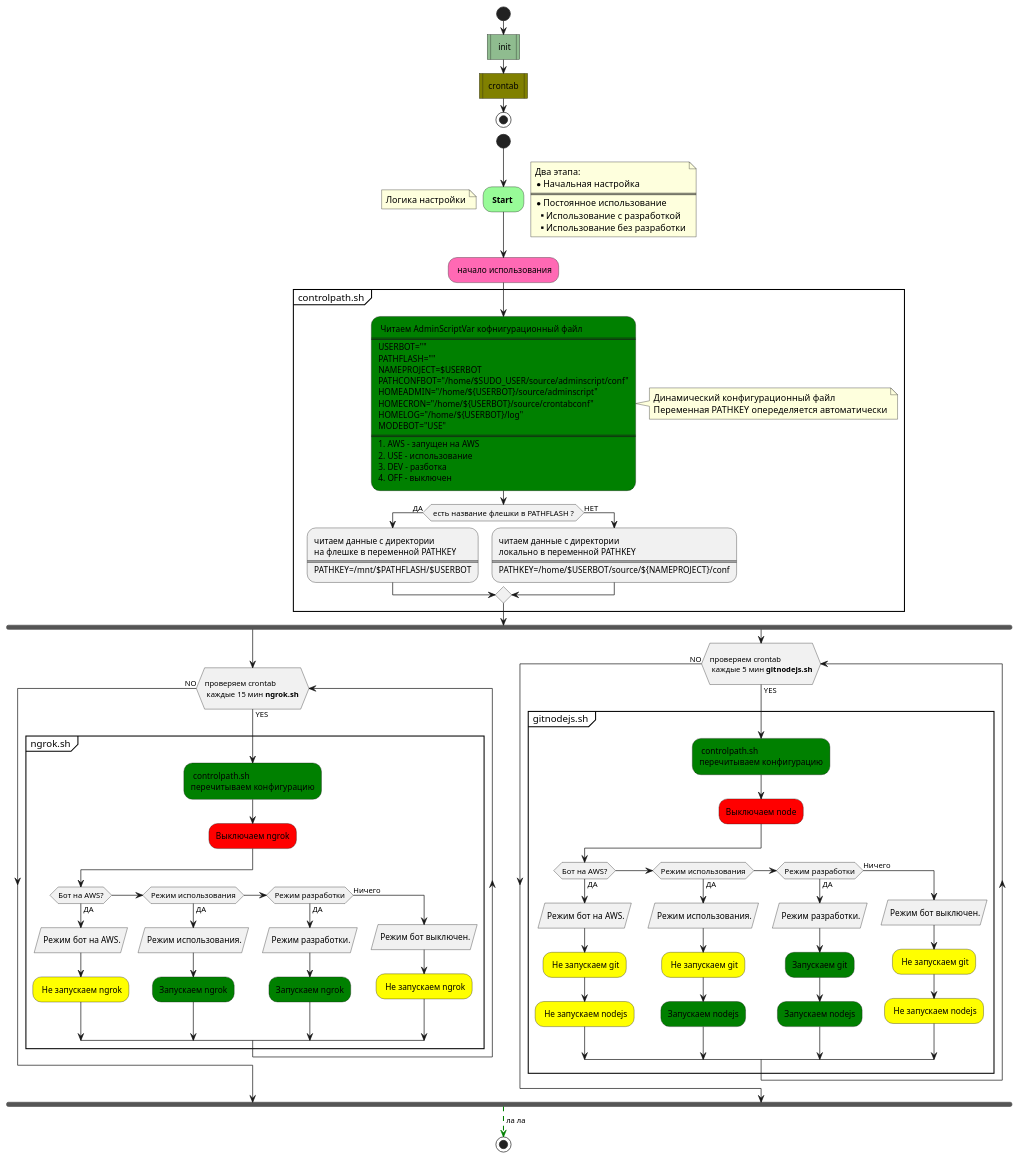
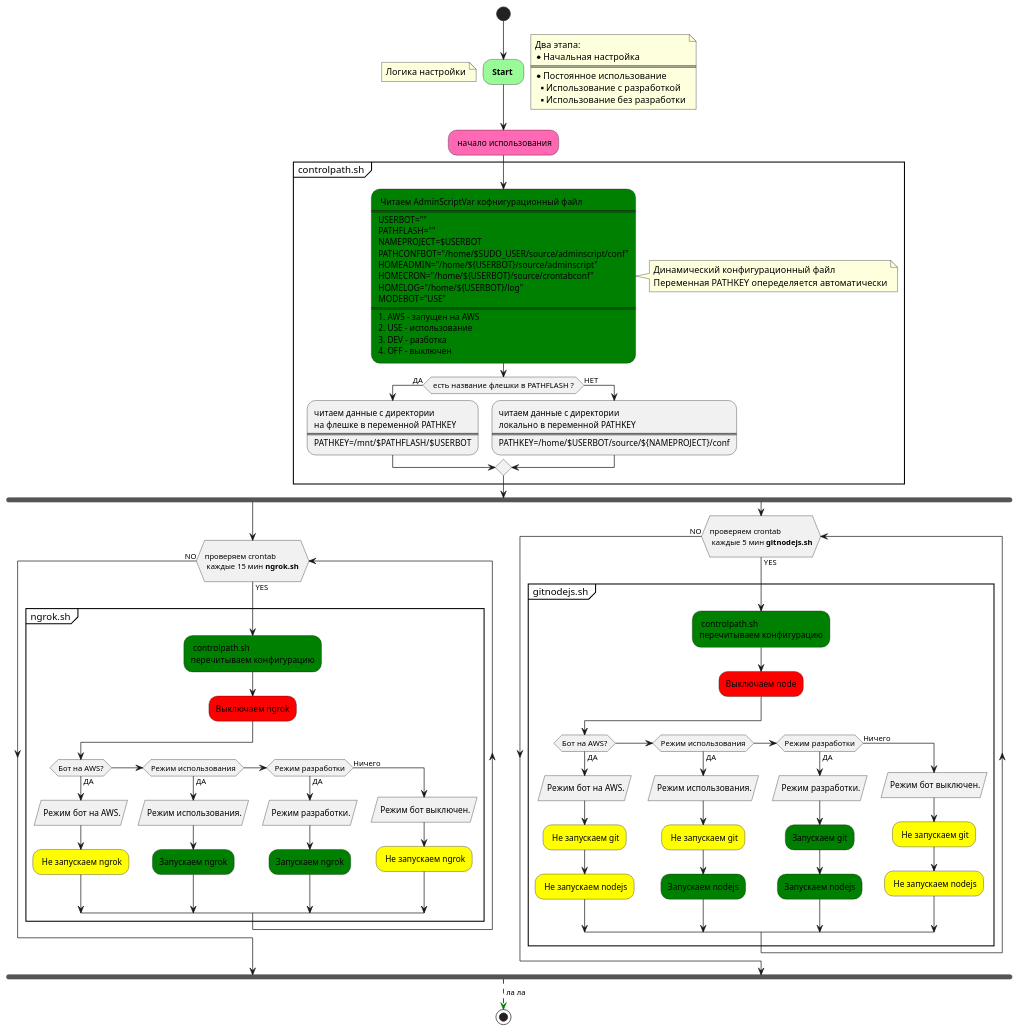
One commit to N1kD21/adminscript changed the diagram in conf/algoritm.pu. Above: the diagram before and after it, drawn with PlantUML. The commit also changed 2 other files, not shown here.

```diff
--- a/conf/algoritm.pu
+++ b/conf/algoritm.pu
@@ -1,147 +1,139 @@
 @startuml
-
-start
-
-#DarkSeaGreen:  init |
-
-#Olive: crontab |
-
-stop
 
 
 start
 
 #palegreen: **Start ** ;
 floating note left: Логика настройки
 note right
 Два этапа:
 * Начальная настройка
 ====
 * Постоянное использование
 ** Использование с разработкой
 ** Использование без разработки
 end note
 
 #HotPink: начало использования;
 
 partition " controlpath.sh " {
 
 #GREEN: Читаем AdminScriptVar  кофнигурационный файл
 ====
 USERBOT=""
 PATHFLASH=""
 NAMEPROJECT=$USERBOT
 PATHCONFBOT="/home/$SUDO_USER/source/adminscript/conf"
 HOMEADMIN="/home/${USERBOT}/source/adminscript"
 HOMECRON="/home/${USERBOT}/source/crontabconf"
 HOMELOG="/home/${USERBOT}/log"
 MODEBOT="USE"
 =====
 # AWS - запущен на AWS
 # USE - использование
 # DEV - разботка
 # OFF - выключен;
 
 
 note right
 Динамический конфигурационный файл
 Переменная PATHKEY опеределяется автоматически
 end note
 
 
 if ( есть название флешки в PATHFLASH ? ) then (ДА)
 :читаем данные с директории
 на флешке в переменной PATHKEY
 ====
 PATHKEY=/mnt/$PATHFLASH/$USERBOT;
 else (НЕТ)
 :читаем данные с директории
 локально в переменной PATHKEY
 ====
 PATHKEY=/home/$USERBOT/source/${NAMEPROJECT}/conf;
 endif
 
 }
 
 fork
 
 while (\nпроверяем crontab \n каждые 15 мин <b>ngrok.sh</b> \n) is (YES)
 
 
 partition " ngrok.sh " {
 
 #GREEN: controlpath.sh
 перечитываем конфигурацию;
 
 #RED:Выключаем ngrok;
 
 
 if (Бот на AWS?) then (ДА)
 : Режим бот на AWS./
 #YELLOW: Не запускаем ngrok;
 
 elseif (Режим использования) then (ДА)
 : Режим использования./
 #GREEN:Запускаем ngrok;
 
 elseif (Режим разработки) then (ДА)
 : Режим разработки./
 #GREEN:Запускаем ngrok;
 
 else (Ничего)
 
 : Режим бот выключен./
 #YELLOW: Не запускаем ngrok;
 
 endif
 
 
 }
 
 endwhile (NO)
 
 fork again
 
 while (\nпроверяем crontab \n каждые 5 мин <b>gitnodejs.sh</b>\n) is (YES)
 
 partition " gitnodejs.sh " {
 
 #GREEN: controlpath.sh
 перечитываем конфигурацию;
 
 #RED:Выключаем node;
 
 
 if (Бот на AWS?) then (ДА)
 : Режим бот на AWS./
 #YELLOW: Не запускаем git;
 #YELLOW: Не запускаем nodejs;
 elseif (Режим использования) then (ДА)
 : Режим использования./
 #YELLOW: Не запускаем git;
 #GREEN:Запускаем nodejs;
 elseif (Режим разработки) then (ДА)
 : Режим разработки./
 #GREEN:Запускаем git;
 #GREEN:Запускаем nodejs;
 else (Ничего)
 : Режим бот выключен./
 #YELLOW: Не запускаем git;
 #YELLOW: Не запускаем nodejs;
 endif
 
 
 }
 
 endwhile (NO)
 
 
 end fork
 
 
 -[#green,dashed]-> ла ла;
 
 
 stop
 
 @enduml
```
